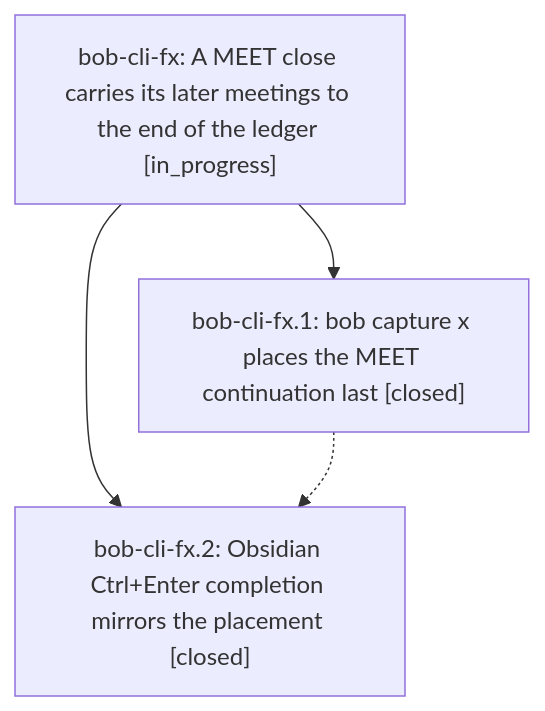
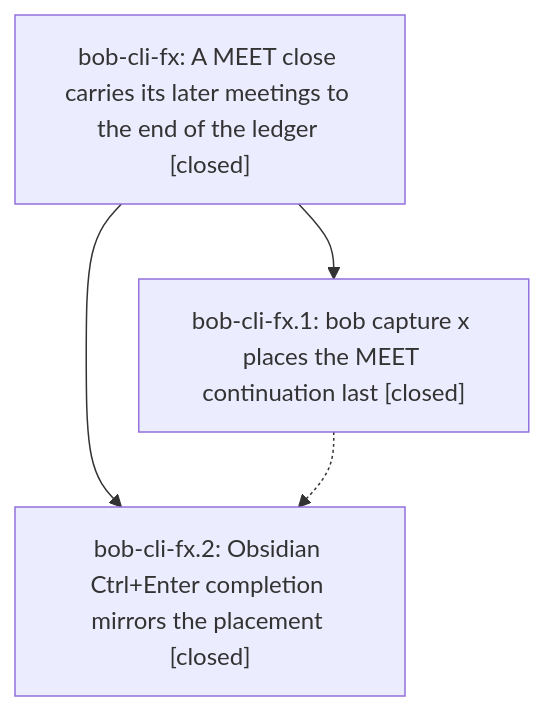
The diagram in pages/bob-cli-fx/README.md (bobs-org/bob-cli--beads), drawn with Mermaid before and after one commit. The commit also changed other lines of this file and 2 other files, not shown here.

First line of the commit message:
chore(beads): sync bead state and pages for bob-cli-fx

````diff
--- a/pages/bob-cli-fx/README.md
+++ b/pages/bob-cli-fx/README.md
@@ -23,9 +46,9 @@
 ```mermaid
 flowchart TD
-    n0["bob-cli-fx: A MEET close carries its later meetings to the end of the ledger [in_progress]"]
+    n0["bob-cli-fx: A MEET close carries its later meetings to the end of the ledger [closed]"]
     n1["bob-cli-fx.1: bob capture x places the MEET continuation last [closed]"]
     n2["bob-cli-fx.2: Obsidian Ctrl+Enter completion mirrors the placement [closed]"]
     n0 --> n1
     n0 --> n2
     n1 -.-> n2
 ```
````
